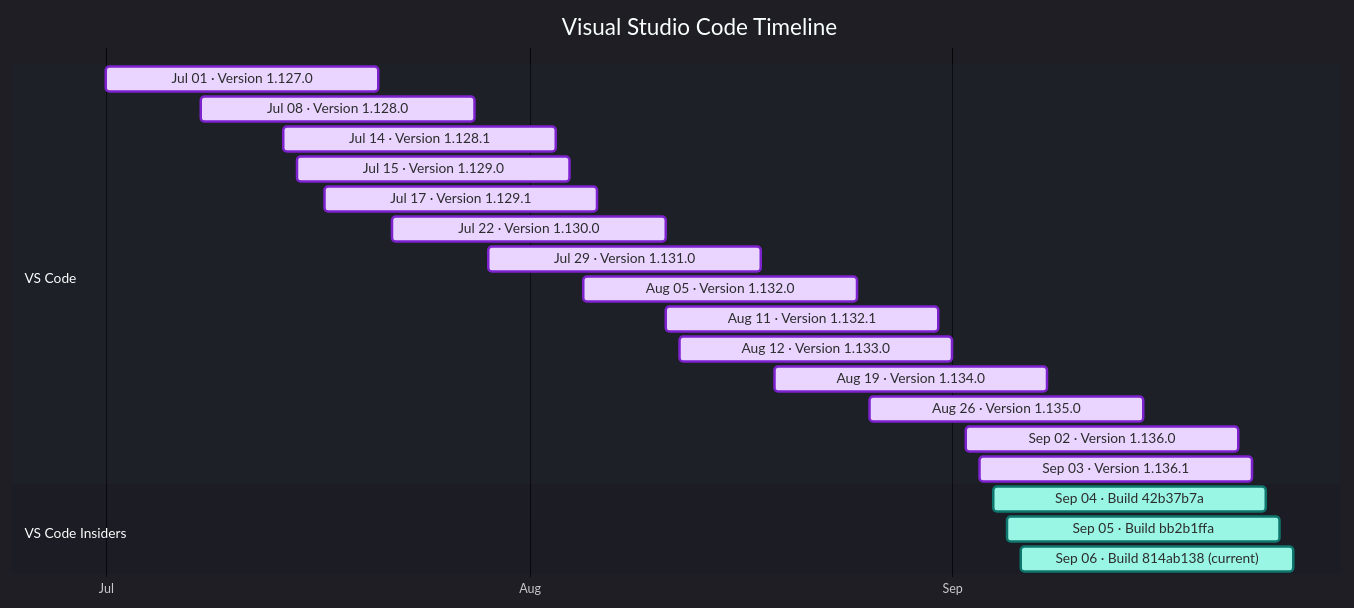
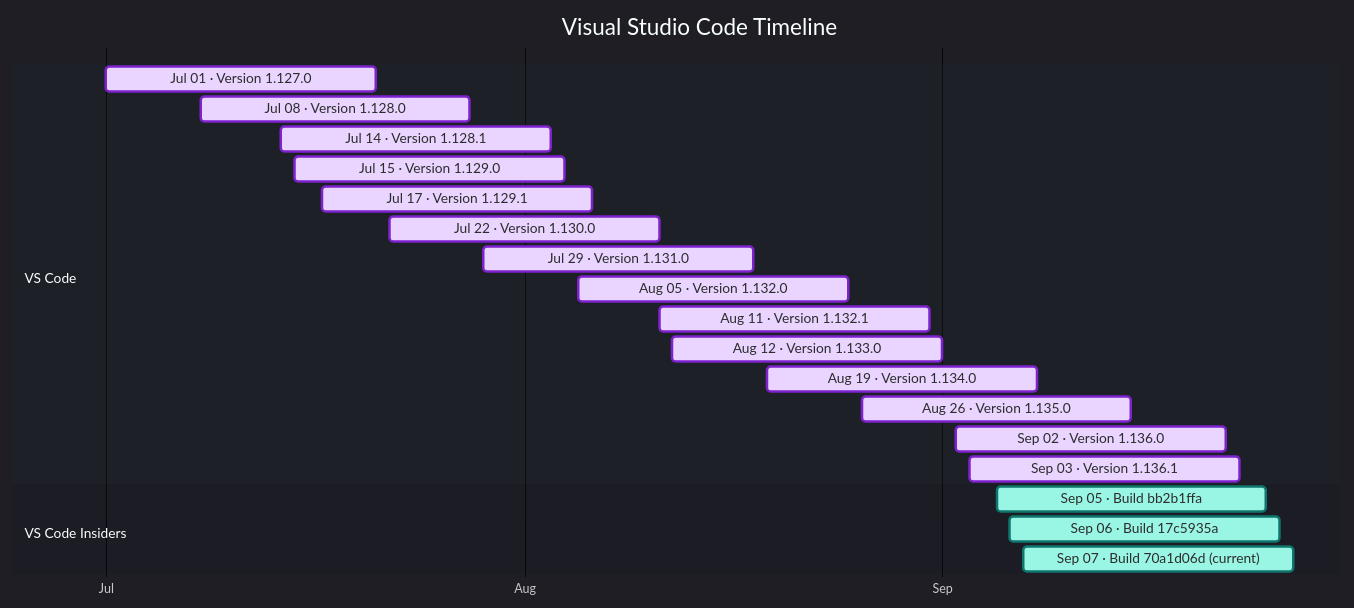
The diagram in docs/vscode.md (Oxelya-DevTools/VisualStudioUpdate), drawn with Mermaid before and after one commit. The commit also changed other lines of this file and 1 other file, not shown here.

Commit message:
Update generated release feeds

````diff
--- a/docs/vscode.md
+++ b/docs/vscode.md
@@ -9,27 +9,27 @@
 ```mermaid
 %%{init: {'theme':'dark','themeVariables': { 'fontFamily': 'Segoe UI', 'fontSize': '24px', 'textColor': '#F3F4F6', 'titleTextColor': '#FFFFFF', 'taskTextColor': '#111827', 'taskTextLightColor': '#111827', 'taskTextOutsideColor': '#F3F4F6', 'taskBkgColor': '#BAE6FD', 'taskBorderColor': '#0369A1', 'doneTaskBkgColor': '#E9D5FF', 'doneTaskBorderColor': '#7E22CE', 'activeTaskBkgColor': '#99F6E4', 'activeTaskBorderColor': '#0F766E', 'critTaskBkgColor': '#FED7AA', 'critTaskBorderColor': '#C2410C', 'sectionBkgColor': '#1F2937', 'altSectionBkgColor': '#111827', 'gridColor': '#4B5563', 'todayLineColor': '#F87171' }}}%%
 gantt
     title Visual Studio Code Timeline
     dateFormat  YYYY-MM-DD
     axisFormat  %b
     tickInterval 1month
     section VS Code
     Jul 01 · Version 1.127.0 : done, vscode202607010, 2026-07-01, 20d
     Jul 08 · Version 1.128.0 : done, vscode202607081, 2026-07-08, 20d
     Jul 14 · Version 1.128.1 : done, vscode202607142, 2026-07-14, 20d
     Jul 15 · Version 1.129.0 : done, vscode202607153, 2026-07-15, 20d
     Jul 17 · Version 1.129.1 : done, vscode202607174, 2026-07-17, 20d
     Jul 22 · Version 1.130.0 : done, vscode202607225, 2026-07-22, 20d
     Jul 29 · Version 1.131.0 : done, vscode202607296, 2026-07-29, 20d
     Aug 05 · Version 1.132.0 : done, vscode202608057, 2026-08-05, 20d
     Aug 11 · Version 1.132.1 : done, vscode202608118, 2026-08-11, 20d
     Aug 12 · Version 1.133.0 : done, vscode202608129, 2026-08-12, 20d
     Aug 19 · Version 1.134.0 : done, vscode2026081910, 2026-08-19, 20d
     Aug 26 · Version 1.135.0 : done, vscode2026082611, 2026-08-26, 20d
     Sep 02 · Version 1.136.0 : done, vscode2026090212, 2026-09-02, 20d
     Sep 03 · Version 1.136.1 : done, vscode2026090313, 2026-09-03, 20d
     section VS Code Insiders
-    Sep 04 · Build 42b37b7a : active, vscodeinsiders202609040, 2026-09-04, 20d
-    Sep 05 · Build bb2b1ffa : active, vscodeinsiders202609051, 2026-09-05, 20d
-    Sep 06 · Build 814ab138 (current) : active, vscodeinsiders202609062, 2026-09-06, 20d
+    Sep 05 · Build bb2b1ffa : active, vscodeinsiders202609050, 2026-09-05, 20d
+    Sep 06 · Build 17c5935a : active, vscodeinsiders202609061, 2026-09-06, 20d
+    Sep 07 · Build 70a1d06d (current) : active, vscodeinsiders202609072, 2026-09-07, 20d
 ```
````
